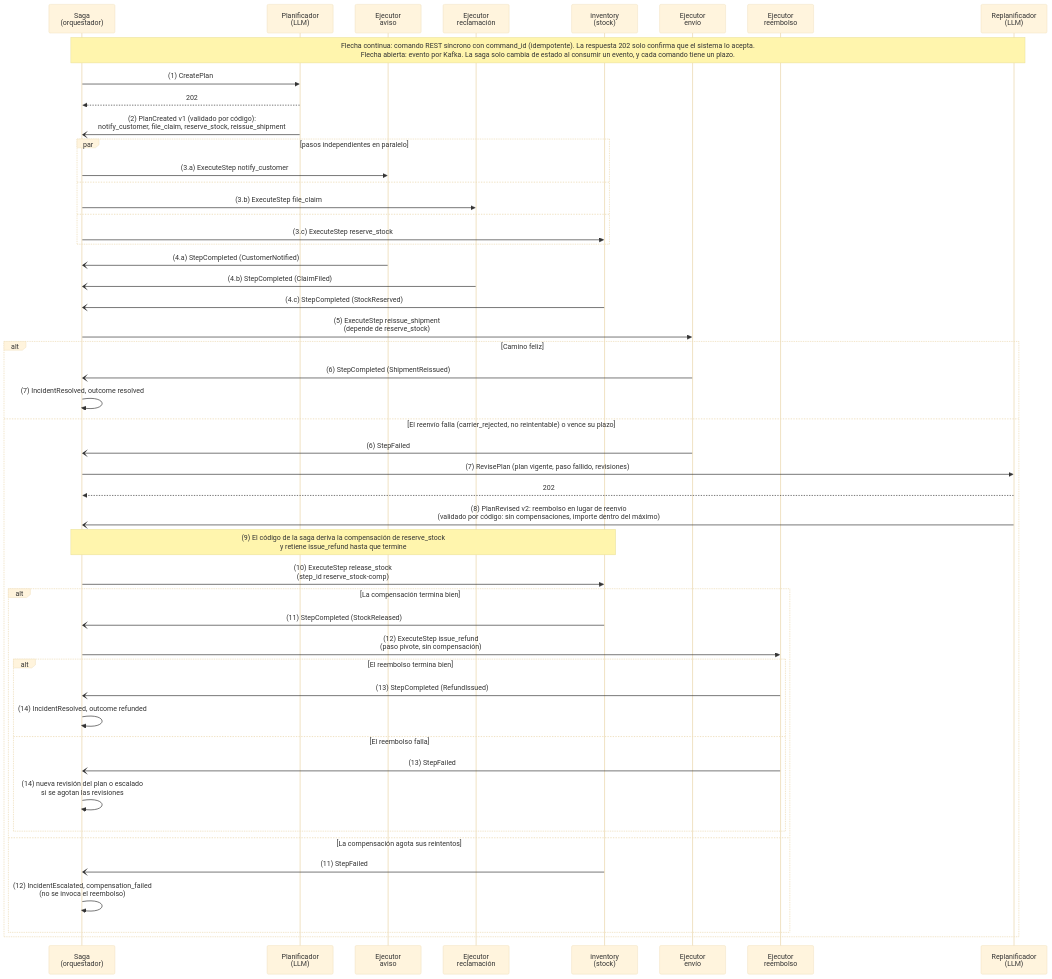
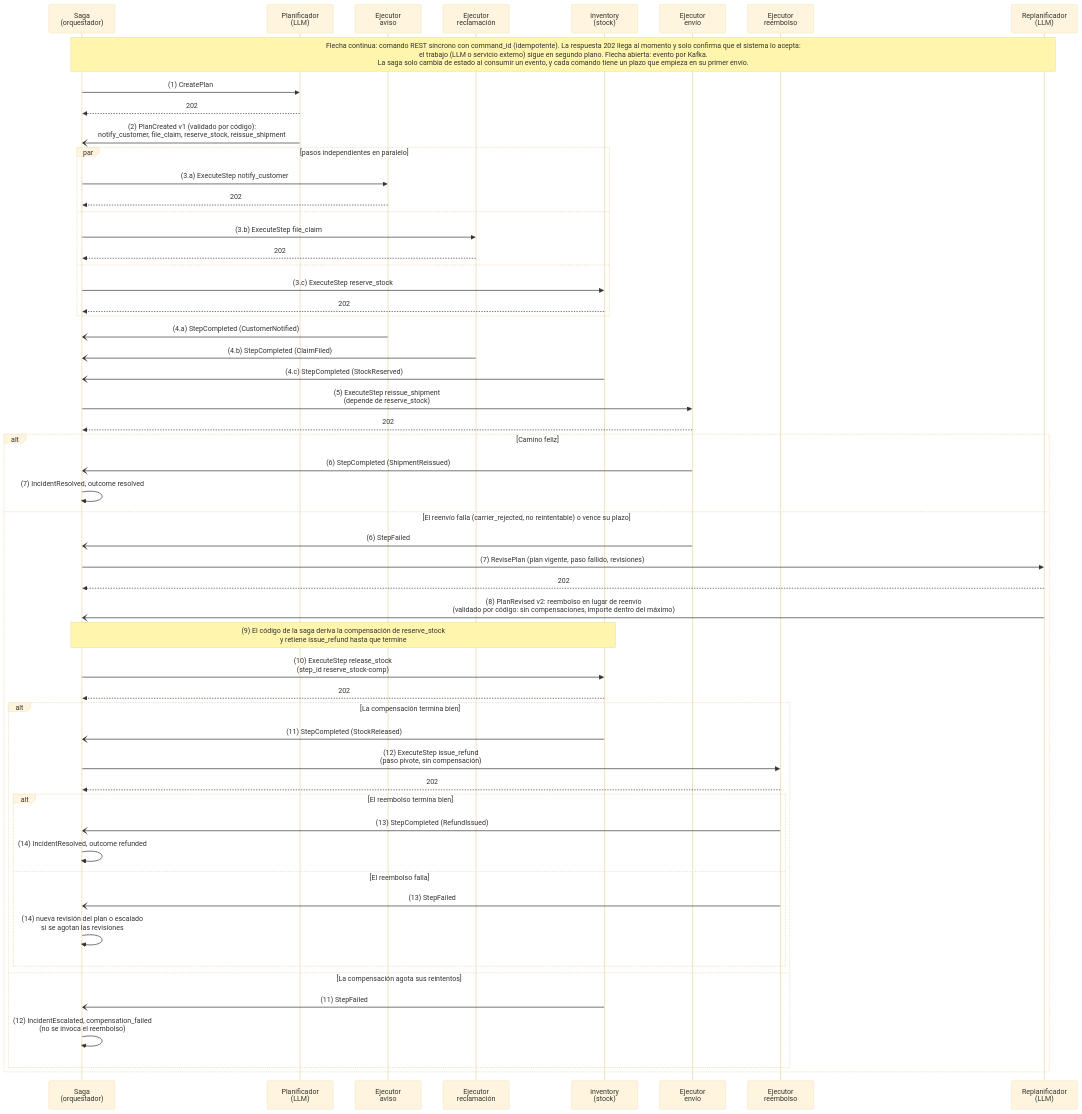
One commit to whinedo/eda-retail changed the second of 5 diagrams in docs/README.md. Above: the diagram before and after it, drawn with Mermaid (base theme). The commit also changed other lines of this file and 1 other file, not shown here.

Commit message:
docs: update the README diagrams to the async commands and split v1 and v2 sections

````diff
--- a/docs/README.md
+++ b/docs/README.md
@@ -65,51 +69,57 @@
 ```mermaid
 sequenceDiagram
   participant Orq as Saga<br/>(orquestador)
   participant Pl as Planificador<br/>(LLM)
   participant Av as Ejecutor<br/>aviso
   participant Rc as Ejecutor<br/>reclamación
   participant St as inventory<br/>(stock)
   participant En as Ejecutor<br/>envío
   participant Rf as Ejecutor<br/>reembolso
   participant Rp as Replanificador<br/>(LLM)
-  Note over Orq,Rp: Flecha continua: comando REST síncrono con command_id (idempotente). La respuesta 202 solo confirma que el sistema lo acepta.<br/>Flecha abierta: evento por Kafka. La saga solo cambia de estado al consumir un evento, y cada comando tiene un plazo.
+  Note over Orq,Rp: Flecha continua: comando REST síncrono con command_id (idempotente). La respuesta 202 llega al momento y solo confirma que el sistema lo acepta:<br/>el trabajo (LLM o servicio externo) sigue en segundo plano. Flecha abierta: evento por Kafka.<br/>La saga solo cambia de estado al consumir un evento, y cada comando tiene un plazo que empieza en su primer envío.
   Orq->>Pl: (1) CreatePlan
   Pl-->>Orq: 202
   Pl-)Orq: (2) PlanCreated v1 (validado por código):<br/>notify_customer, file_claim, reserve_stock, reissue_shipment
   par pasos independientes en paralelo
     Orq->>Av: (3.a) ExecuteStep notify_customer
+    Av-->>Orq: 202
   and
     Orq->>Rc: (3.b) ExecuteStep file_claim
+    Rc-->>Orq: 202
   and
     Orq->>St: (3.c) ExecuteStep reserve_stock
+    St-->>Orq: 202
   end
   Av-)Orq: (4.a) StepCompleted (CustomerNotified)
   Rc-)Orq: (4.b) StepCompleted (ClaimFiled)
   St-)Orq: (4.c) StepCompleted (StockReserved)
   Orq->>En: (5) ExecuteStep reissue_shipment<br/>(depende de reserve_stock)
+  En-->>Orq: 202
   alt Camino feliz
     En-)Orq: (6) StepCompleted (ShipmentReissued)
     Orq->>Orq: (7) IncidentResolved, outcome resolved
   else El reenvío falla (carrier_rejected, no reintentable) o vence su plazo
     En-)Orq: (6) StepFailed
     Orq->>Rp: (7) RevisePlan (plan vigente, paso fallido, revisiones)
     Rp-->>Orq: 202
     Rp-)Orq: (8) PlanRevised v2: reembolso en lugar de reenvío<br/>(validado por código: sin compensaciones, importe dentro del máximo)
     Note over Orq,St: (9) El código de la saga deriva la compensación de reserve_stock<br/>y retiene issue_refund hasta que termine
     Orq->>St: (10) ExecuteStep release_stock<br/>(step_id reserve_stock-comp)
+    St-->>Orq: 202
     alt La compensación termina bien
       St-)Orq: (11) StepCompleted (StockReleased)
       Orq->>Rf: (12) ExecuteStep issue_refund<br/>(paso pivote, sin compensación)
+      Rf-->>Orq: 202
       alt El reembolso termina bien
         Rf-)Orq: (13) StepCompleted (RefundIssued)
         Orq->>Orq: (14) IncidentResolved, outcome refunded
       else El reembolso falla
         Rf-)Orq: (13) StepFailed
         Orq->>Orq: (14) nueva revisión del plan o escalado<br/>si se agotan las revisiones
       end
     else La compensación agota sus reintentos
       St-)Orq: (11) StepFailed
       Orq->>Orq: (12) IncidentEscalated, compensation_failed<br/>(no se invoca el reembolso)
     end
   end
 ```
````
